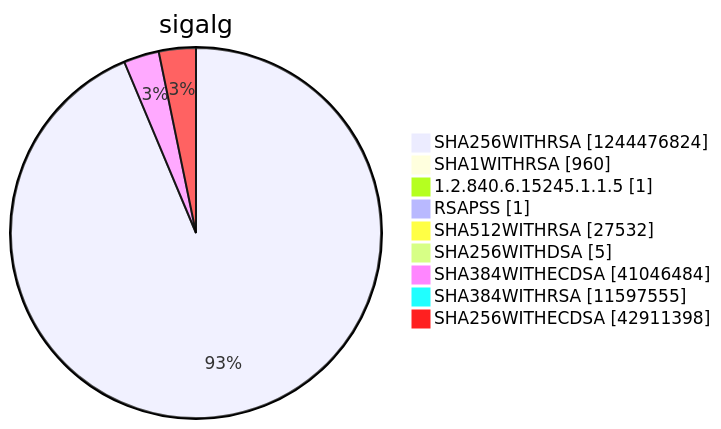
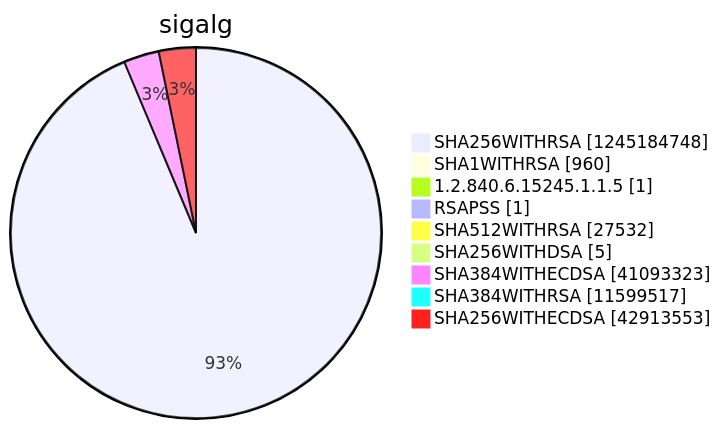
Diagram 15 of 15 in argon2022/README.md (christiankrug/ctmonitor_visualization), drawn with Mermaid before and after one commit. The commit also changed other lines of this file, not shown here.

````diff
--- a/argon2022/README.md
+++ b/argon2022/README.md
@@ -5522,13 +5522,13 @@
 ```mermaid
 pie showData
 title sigalg
-"SHA256WITHRSA" :1244476824
+"SHA256WITHRSA" :1245184748
 "SHA1WITHRSA" :960
 "1.2.840.6.15245.1.1.5" :1
 "RSAPSS" :1
 "SHA512WITHRSA" :27532
 "SHA256WITHDSA" :5
-"SHA384WITHECDSA" :41046484
-"SHA384WITHRSA" :11597555
-"SHA256WITHECDSA" :42911398
+"SHA384WITHECDSA" :41093323
+"SHA384WITHRSA" :11599517
+"SHA256WITHECDSA" :42913553
 ```
````
